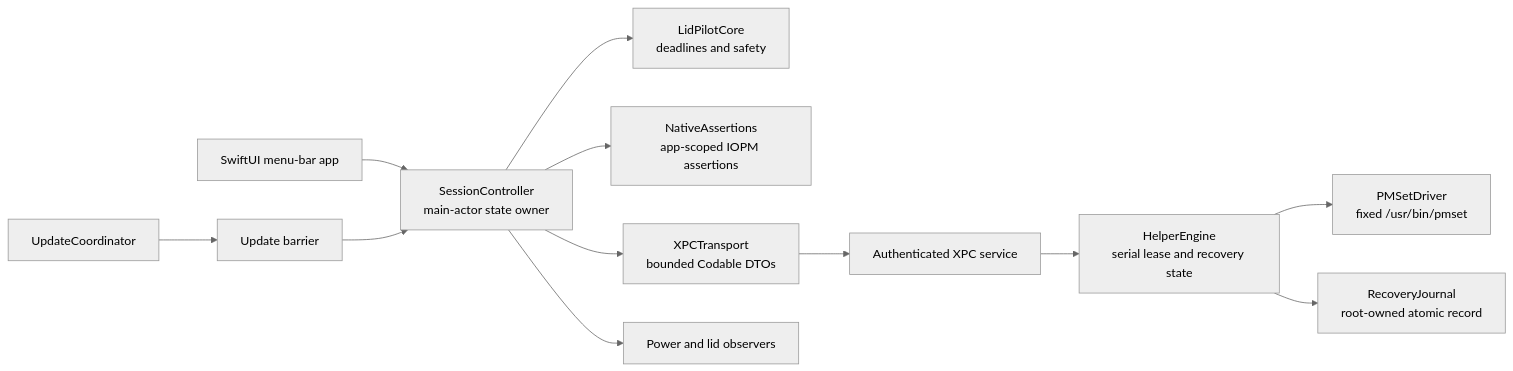
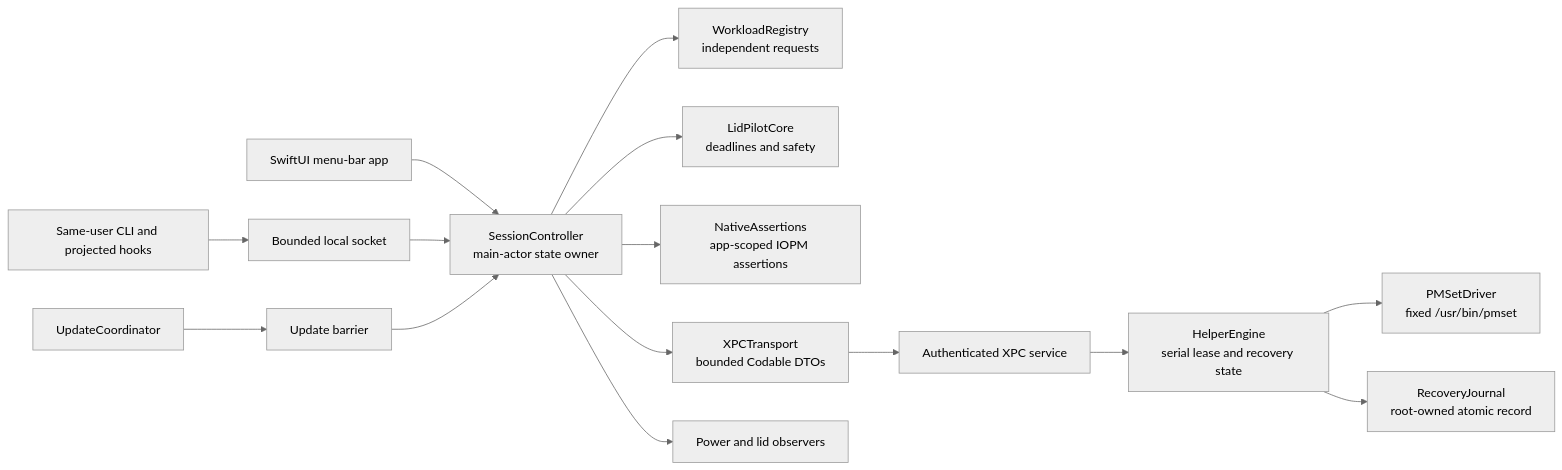
One commit to Marios1111/lidpilot changed the diagram in docs/ARCHITECTURE.md. Above: the diagram before and after it, drawn with Mermaid (neutral theme). The commit also changed other lines of this file and 9 other files, not shown here.

````diff
--- a/docs/ARCHITECTURE.md
+++ b/docs/ARCHITECTURE.md
@@ -13,14 +13,17 @@
 ```mermaid
 flowchart LR
     UI[SwiftUI menu-bar app] --> C[SessionController<br/>main-actor state owner]
+    CLI[Same-user CLI and projected hooks] --> IPC[Bounded local socket]
+    IPC --> C
+    C --> W[WorkloadRegistry<br/>independent requests]
     C --> Core[LidPilotCore<br/>deadlines and safety]
     C --> A[NativeAssertions<br/>app-scoped IOPM assertions]
     C --> X[XPCTransport<br/>bounded Codable DTOs]
     X --> S[Authenticated XPC service]
     S --> E[HelperEngine<br/>serial lease and recovery state]
     E --> P[PMSetDriver<br/>fixed /usr/bin/pmset]
     E --> J[RecoveryJournal<br/>root-owned atomic record]
     C --> O[Power and lid observers]
     U[UpdateCoordinator] --> B[Update barrier]
     B --> C
 ```
````
